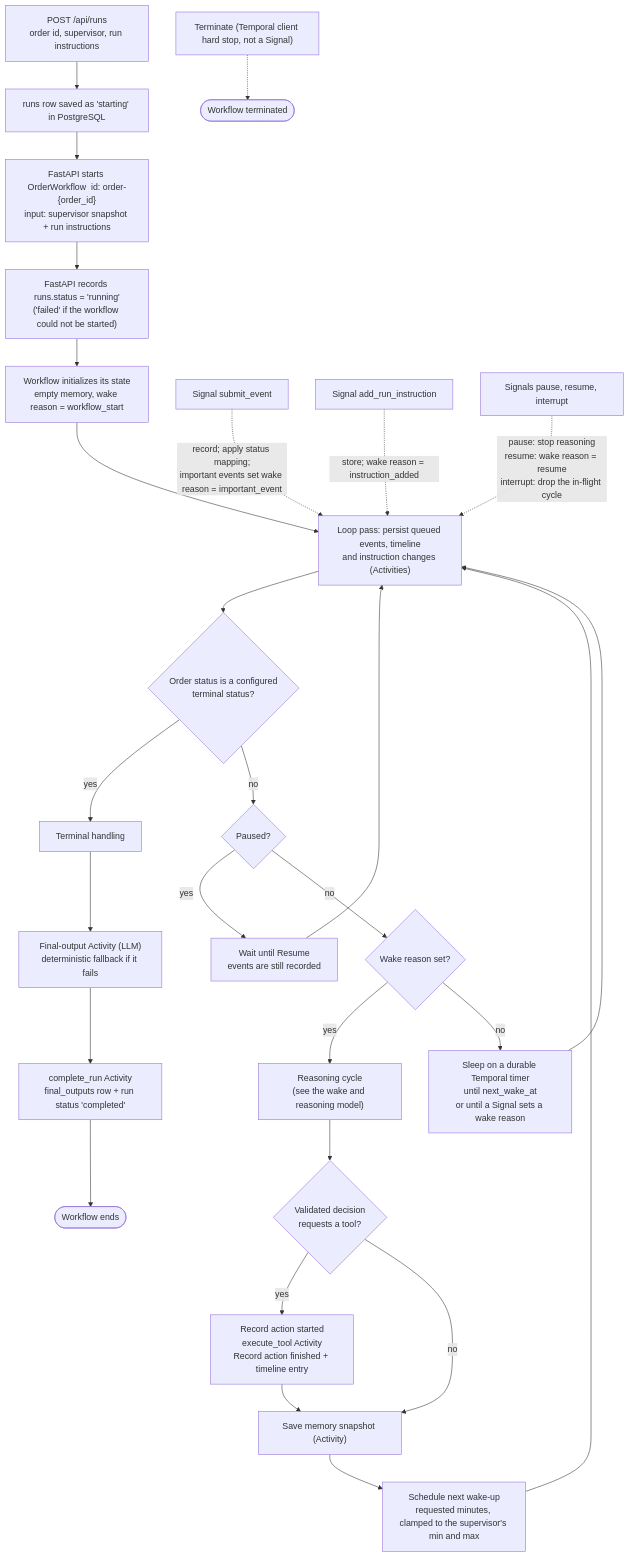
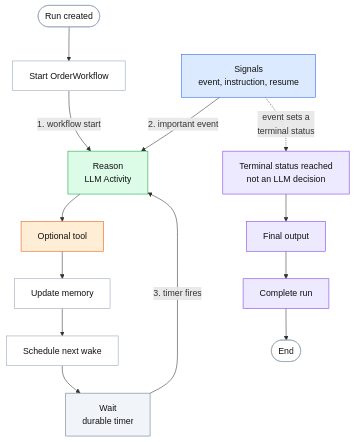
One commit to averagecoder4088/AI-supervisor changed the second of 4 diagrams in README.md. Above: the diagram before and after it, drawn with Mermaid. The commit also changed other lines of this file, not shown here.

Commit message:
Clean up Mermaid architecture diagrams

````diff
--- a/README.md
+++ b/README.md
@@ -103,34 +92,29 @@
 ```mermaid
-flowchart TD
-    create["POST /api/runs<br/>order id, supervisor, run instructions"] --> starting["runs row saved as 'starting' in PostgreSQL"]
-    starting --> start["FastAPI starts OrderWorkflow  id: order-{order_id}<br/>input: supervisor snapshot + run instructions"]
-    start --> running["FastAPI records runs.status = 'running'<br/>('failed' if the workflow could not be started)"]
-    running --> init["Workflow initializes its state<br/>empty memory, wake reason = workflow_start"]
-    init --> loop["Loop pass: persist queued events, timeline<br/>and instruction changes (Activities)"]
+flowchart TB
+    start(["Run created"]) --> init["Start OrderWorkflow"]
+    init -->|"1. workflow start"| reason["Reason<br/>LLM Activity"]
+    signals["Signals<br/>event, instruction, resume"] -->|"2. important event"| reason
+    wait["Wait<br/>durable timer"] -->|"3. timer fires"| reason
+    reason --> tool["Optional tool"]
+    tool --> memory["Update memory"]
+    memory --> schedule["Schedule next wake"]
+    schedule --> wait
 
-    loop --> term{"Order status is a configured<br/>terminal status?"}
-    term -->|"yes"| final["Terminal handling"]
-    term -->|"no"| paused{"Paused?"}
-    paused -->|"yes"| waitp["Wait until Resume<br/>events are still recorded"]
-    waitp --> loop
-    paused -->|"no"| due{"Wake reason set?"}
-    due -->|"yes"| cycle["Reasoning cycle<br/>(see the wake and reasoning model)"]
-    due -->|"no"| sleep["Sleep on a durable Temporal timer<br/>until next_wake_at<br/>or until a Signal sets a wake reason"]
-    sleep --> loop
+    signals -.->|"event sets a<br/>terminal status"| terminal["Terminal status reached<br/>not an LLM decision"]
+    terminal --> final["Final output"]
+    final --> complete["Complete run"]
+    complete --> done(["End"])
 
-    cycle --> tool{"Validated decision<br/>requests a tool?"}
-    tool -->|"yes"| exec["Record action started<br/>execute_tool Activity<br/>Record action finished + timeline entry"]
-    tool -->|"no"| mem
-    exec --> mem["Save memory snapshot (Activity)"]
-    mem --> sched["Schedule next wake-up<br/>requested minutes, clamped to the supervisor's min and max"]
-    sched --> loop
-
-    final --> fo["Final-output Activity (LLM)<br/>deterministic fallback if it fails"]
-    fo --> done["complete_run Activity<br/>final_outputs row + run status 'completed'"]
-    done --> fin(["Workflow ends"])
-
-    sigev["Signal submit_event"] -.->|"record; apply status mapping;<br/>important events set wake reason = important_event"| loop
-    siginst["Signal add_run_instruction"] -.->|"store; wake reason = instruction_added"| loop
-    sigctl["Signals pause, resume, interrupt"] -.->|"pause: stop reasoning<br/>resume: wake reason = resume<br/>interrupt: drop the in-flight cycle"| loop
-    kill["Terminate (Temporal client hard stop, not a Signal)"] -.-> dead(["Workflow terminated"])
+    classDef sig fill:#dbeafe,stroke:#2563eb,color:#111
+    classDef llmc fill:#dcfce7,stroke:#16a34a,color:#111
+    classDef tool fill:#ffedd5,stroke:#ea580c,color:#111
+    classDef sleep fill:#f1f5f9,stroke:#64748b,color:#111
+    classDef term fill:#ede9fe,stroke:#7c3aed,color:#111
+    classDef step fill:#ffffff,stroke:#94a3b8,color:#111
+    class signals sig
+    class reason llmc
+    class tool tool
+    class wait sleep
+    class terminal,final,complete term
+    class start,init,memory,schedule,done step
 ```
````
